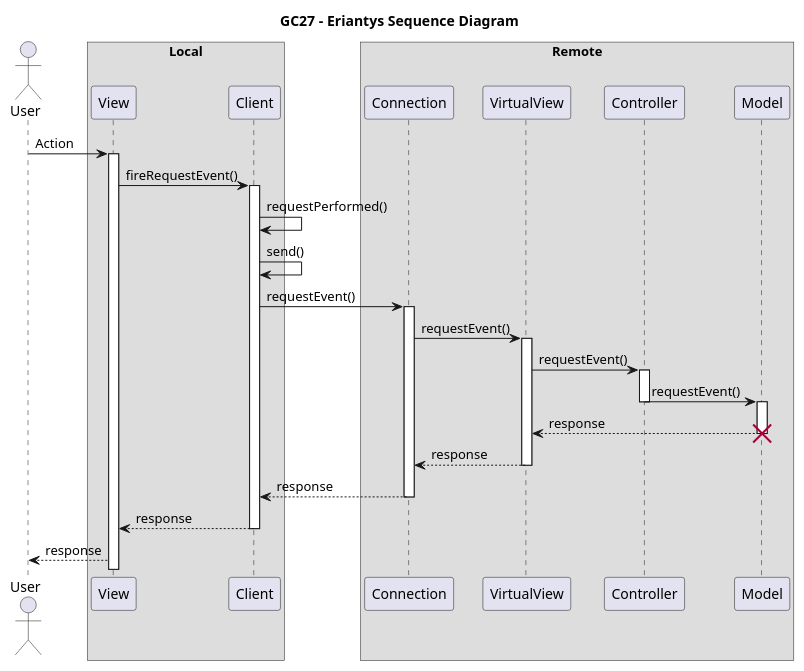
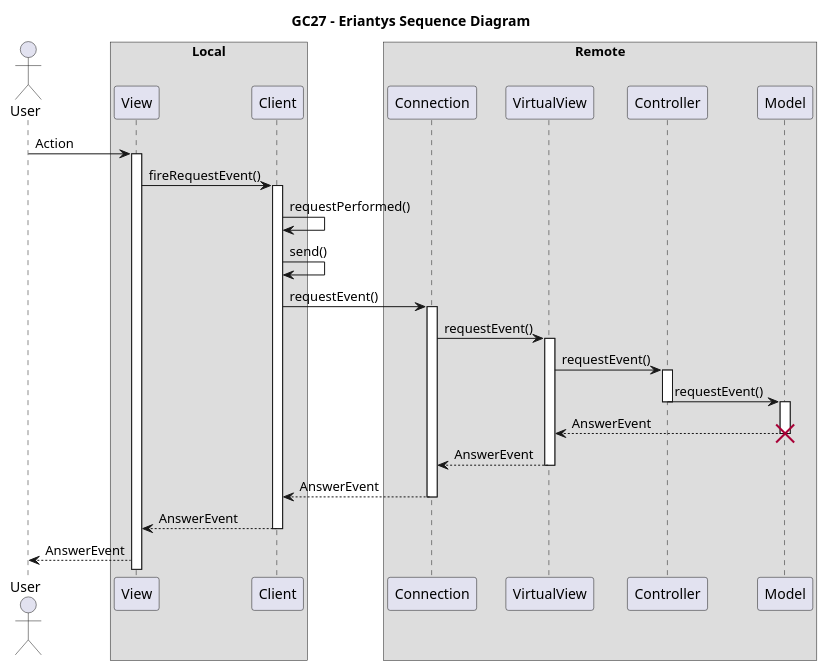
One commit to nicolozambon/ing-sw-2022-sciarrabba-sironi-zambon changed the diagram in uml/sequence_diagram/sequence_diagram.puml. Above: the diagram before and after it, drawn with PlantUML. The commit also changed 1 other file, not shown here.

Commit message:
Update sequence diagram PUML and SVG

```diff
--- a/uml/sequence_diagram/sequence_diagram.puml
+++ b/uml/sequence_diagram/sequence_diagram.puml
@@ -1,51 +1,51 @@
 @startuml
 title GC27 - Eriantys Sequence Diagram
 
 actor User
 
 box "Local"
 participant View
 participant Client
 end box
 box "Remote"
 participant Connection
 participant VirtualView
 participant Controller
 participant Model
 end box
 
 User -> View: Action
 activate View
 
 View -> Client: fireRequestEvent()
 activate Client
 Client -> Client: requestPerformed()
 Client -> Client: send()
 
 Client -> Connection: requestEvent()
 activate Connection
 
 Connection -> VirtualView: requestEvent()
 activate VirtualView
 
 VirtualView -> Controller: requestEvent()
 activate Controller
 
 Controller -> Model: requestEvent()
 deactivate Controller
 activate Model
 
-Model --> VirtualView: response
+Model --> VirtualView: AnswerEvent
 destroy Model
 
-VirtualView --> Connection: response
+VirtualView --> Connection: AnswerEvent
 deactivate VirtualView
 
-Connection --> Client: response
+Connection --> Client: AnswerEvent
 deactivate Connection
 
-Client --> View: response
+Client --> View: AnswerEvent
 deactivate Client
 
-View --> User: response
+View --> User: AnswerEvent
 @enduml
```
